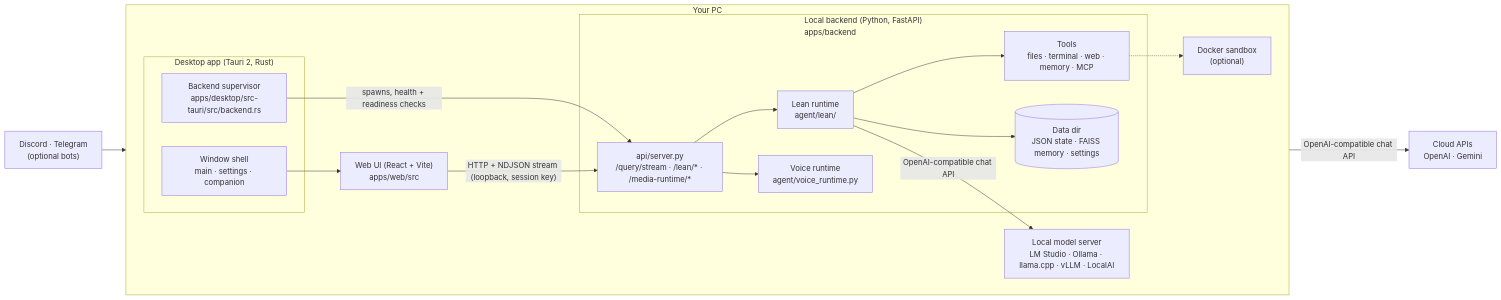
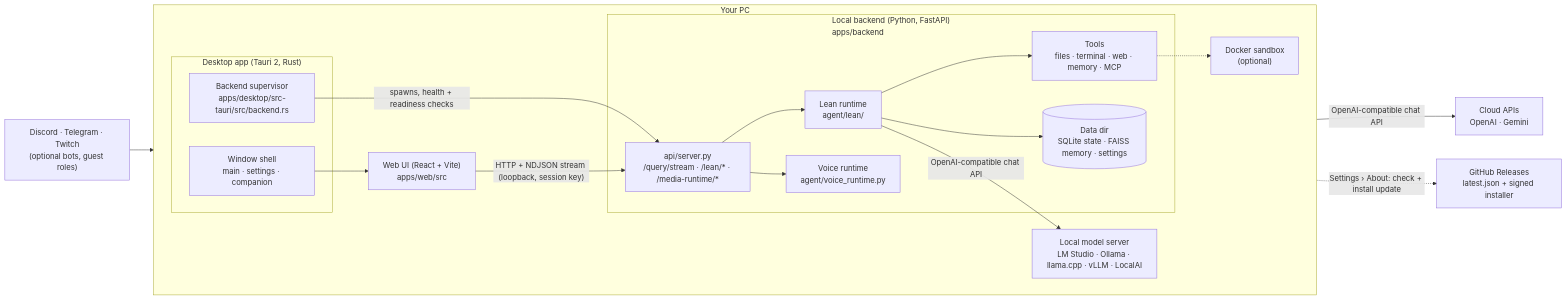
The first of 5 diagrams in docs/ARCHITECTURE.md (Ty0x7/EchoSpeak), drawn with Mermaid before and after one commit. The commit also changed other lines of this file and 2 other files, not shown here.

First line of the commit message:
Docs for 10.0.0: release notes, changelog, architecture refresh

````diff
--- a/docs/ARCHITECTURE.md
+++ b/docs/ARCHITECTURE.md
@@ -10,34 +10,36 @@
 ```mermaid
 flowchart LR
   subgraph PC["Your PC"]
     direction LR
     subgraph Desktop["Desktop app (Tauri 2, Rust)"]
       Shell["Window shell<br/>main · settings · companion"]
       Super["Backend supervisor<br/>apps/desktop/src-tauri/src/backend.rs"]
     end
     UI["Web UI (React + Vite)<br/>apps/web/src"]
     subgraph Backend["Local backend (Python, FastAPI)<br/>apps/backend"]
       API["api/server.py<br/>/query/stream · /lean/* · /media-runtime/*"]
       Lean["Lean runtime<br/>agent/lean/"]
       Tools["Tools<br/>files · terminal · web · memory · MCP"]
       Voice["Voice runtime<br/>agent/voice_runtime.py"]
-      Store[("Data dir<br/>JSON state · FAISS memory · settings")]
+      Store[("Data dir<br/>SQLite state · FAISS memory · settings")]
     end
     Docker["Docker sandbox<br/>(optional)"]
     LocalLLM["Local model server<br/>LM Studio · Ollama · llama.cpp · vLLM · LocalAI"]
   end
   Cloud["Cloud APIs<br/>OpenAI · Gemini"]
-  Channels["Discord · Telegram<br/>(optional bots)"]
+  Channels["Discord · Telegram · Twitch<br/>(optional bots, guest roles)"]
+  GitHub["GitHub Releases<br/>latest.json + signed installer"]
 
   Shell --> UI
   Super -- "spawns, health + readiness checks" --> API
   UI -- "HTTP + NDJSON stream (loopback, session key)" --> API
   API --> Lean
   API --> Voice
   Lean --> Tools
   Tools -.-> Docker
   Lean -- "OpenAI-compatible chat API" --> LocalLLM
   Lean -- "OpenAI-compatible chat API" --> Cloud
   Lean --> Store
   Channels --> API
+  Super -. "Settings › About: check + install update" .-> GitHub
 ```
````
